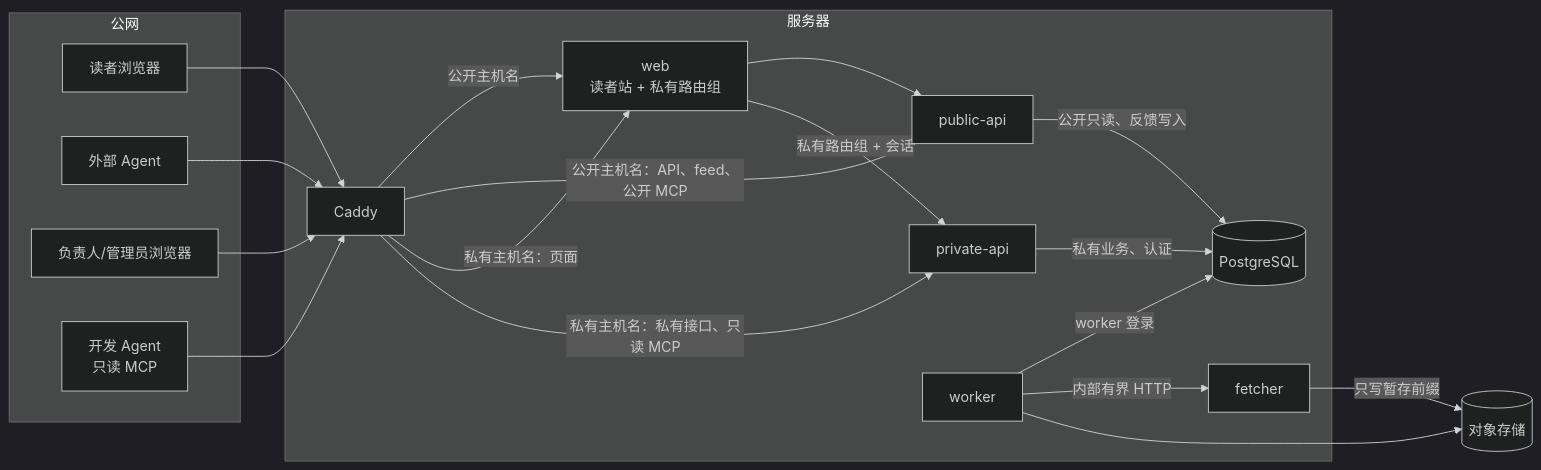
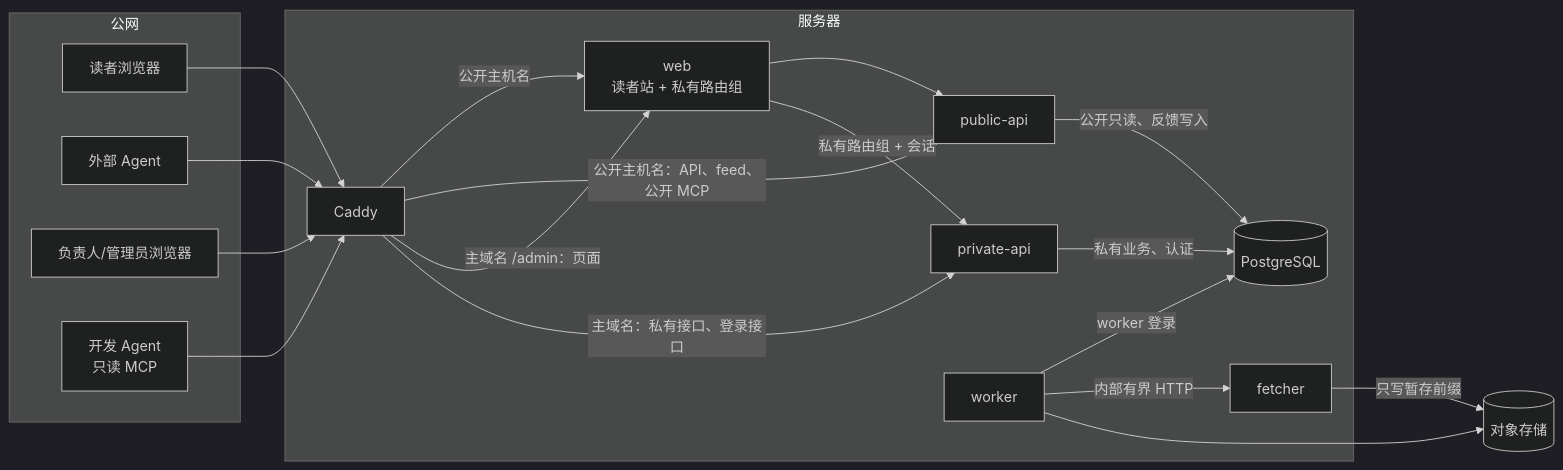
The diagram in docs/04-architecture/06-security-and-access.md (Crhis-CP/AI-MINE), drawn with Mermaid (dark theme) before and after one commit. The commit also changed other lines of this file and 34 other files, not shown here.

````diff
--- a/docs/04-architecture/06-security-and-access.md
+++ b/docs/04-architecture/06-security-and-access.md
@@ -31,35 +31,35 @@
 ```mermaid
 flowchart LR
   subgraph 公网
     R[读者浏览器]
     A[外部 Agent]
     O[负责人/管理员浏览器]
     DV[开发 Agent<br/>只读 MCP]
   end
   subgraph 服务器
     C[Caddy]
     W[web<br/>读者站 + 私有路由组]
     PA[public-api]
     XA[private-api]
     WK[worker]
     FT[fetcher]
     DB[(PostgreSQL)]
   end
   OBJ[(对象存储)]
   R --> C
   A --> C
   O --> C
   DV --> C
   C -->|公开主机名| W
   C -->|公开主机名：API、feed、公开 MCP| PA
-  C -->|私有主机名：页面| W
-  C -->|私有主机名：私有接口、只读 MCP| XA
+  C -->|主域名 /admin：页面| W
+  C -->|主域名：私有接口、登录接口| XA
   W --> PA
   W -->|私有路由组 + 会话| XA
   PA -->|公开只读、反馈写入| DB
   XA -->|私有业务、认证| DB
   WK -->|worker 登录| DB
   WK -->|内部有界 HTTP| FT
   FT -->|只写暂存前缀| OBJ
   WK --> OBJ
 ```
````
